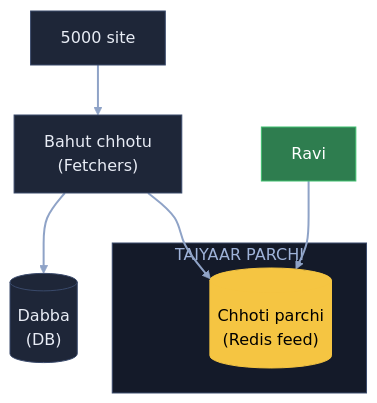
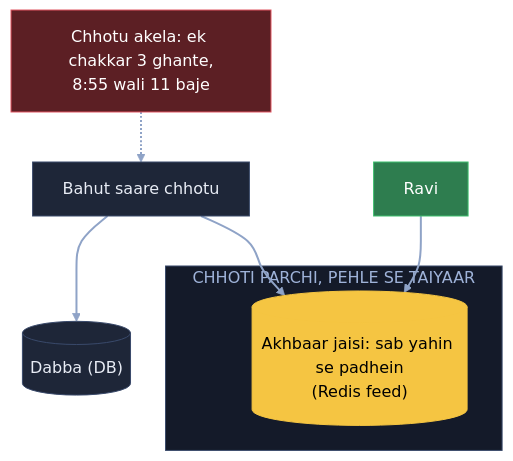
One commit to ArpanMaheshwari144/Prep changed the second of 11 diagrams in 04_HLD/SYSTEM_DESIGNS/08_news_aggregator/08_news_aggregator.md. Above: the diagram before and after it, drawn with Mermaid. The commit also changed other lines of this file, not shown here.

Commit message:
News: 11 diagram hand notes ke shabdon se; K6 se apna jodा timeout / circuit breaker hataya

````diff
--- a/04_HLD/SYSTEM_DESIGNS/08_news_aggregator/08_news_aggregator.md
+++ b/04_HLD/SYSTEM_DESIGNS/08_news_aggregator/08_news_aggregator.md
@@ -59,20 +59,20 @@
 ```mermaid
 flowchart TB
-    S["5000 site"]:::card
-    C["Bahut chhotu<br/>(Fetchers)"]:::card
-    D[("Dabba<br/>(DB)")]:::card
-    subgraph TP["TAIYAAR PARCHI"]
-        P[("Chhoti parchi<br/>(Redis feed)")]:::pill
+    X["Chhotu akela: ek chakkar 3 ghante,<br/>8:55 wali 11 baje"]:::bad
+    C["Bahut saare chhotu"]:::card
+    D[("Dabba (DB)")]:::card
+    subgraph CP["CHHOTI PARCHI, PEHLE SE TAIYAAR"]
+        P[("Akhbaar jaisi: sab yahin se padhein<br/>(Redis feed)")]:::pill
     end
-    A["Ravi"]:::good
-    S --> C
+    R["Ravi"]:::good
+    X -.-> C
     C --> D
     C --> P
-    A --> P
+    R --> P
     linkStyle default stroke:#8fa3c7,stroke-width:2px
     classDef card fill:#1e2638,stroke:#3a4a6b,color:#e8ecf5
     classDef pill fill:#f5c542,stroke:#f5c542,color:#000
     classDef good fill:#2e7d4f,stroke:#3fbf6f,color:#fff
     classDef bad fill:#5c1f24,stroke:#e05561,color:#fff
-    style TP fill:#141a29,stroke:#3a4a6b,color:#9fb3d9
+    style CP fill:#141a29,stroke:#3a4a6b,color:#9fb3d9
 ```
````
